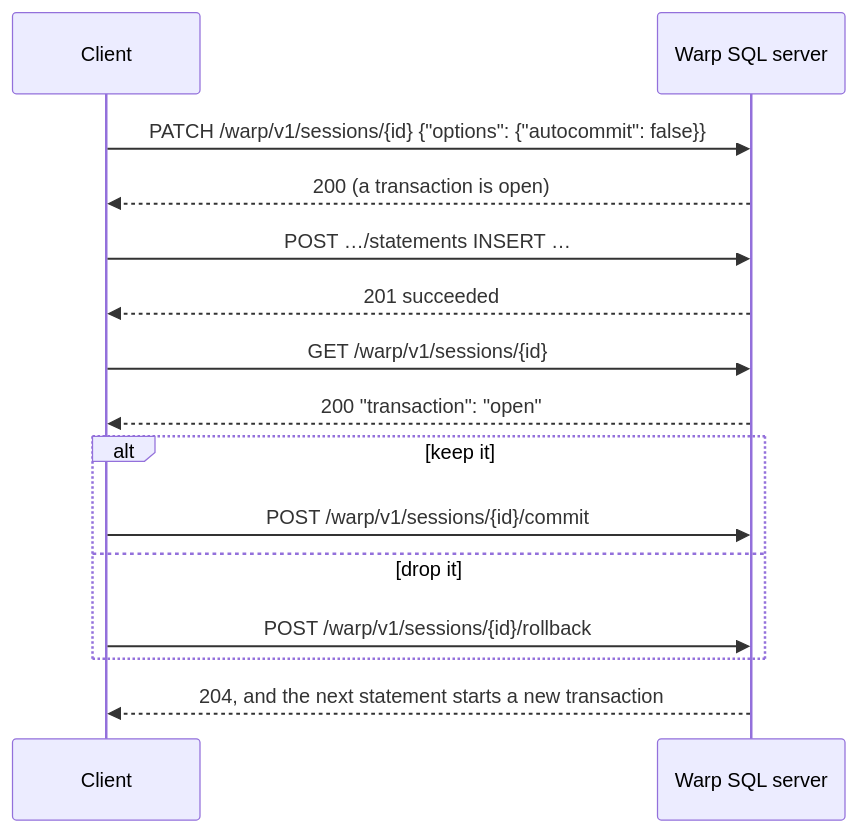
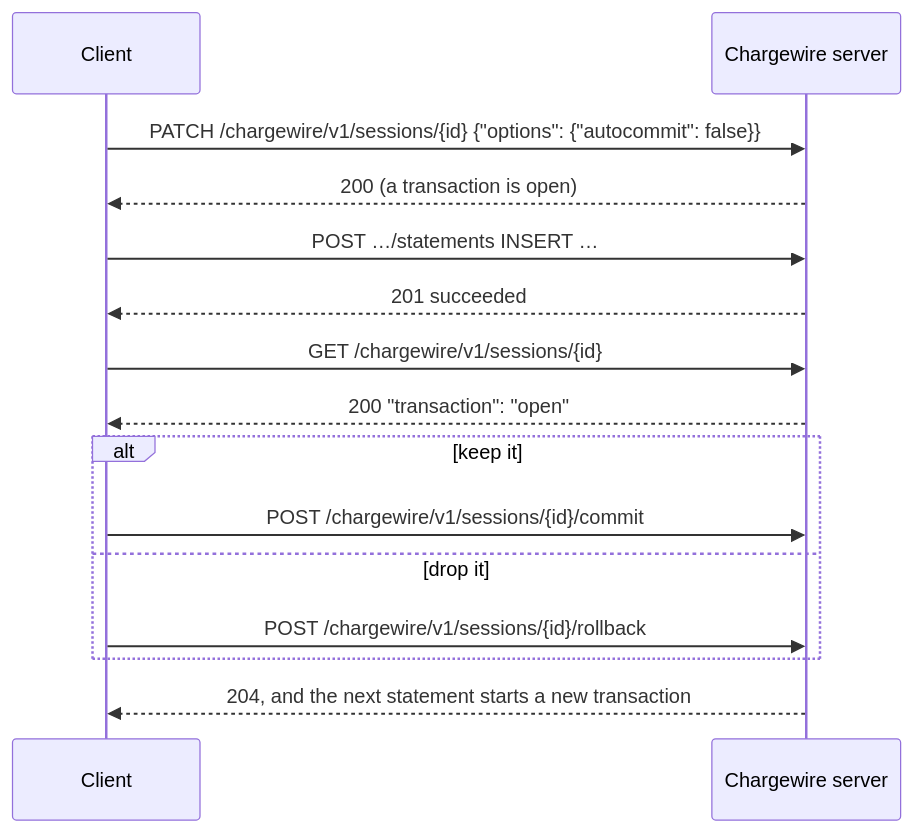
Before and after one commit to gizmodata/chargewire: the diagram in site/src/diagrams/session-transaction.mmd, drawn with Mermaid. The commit also changed 211 other files, not shown here.

```diff
--- a/site/src/diagrams/session-transaction.mmd
+++ b/site/src/diagrams/session-transaction.mmd
@@ -1,15 +1,15 @@
 sequenceDiagram
   participant C as Client
-  participant S as Warp SQL server
-  C->>S: PATCH /warp/v1/sessions/{id} {"options": {"autocommit": false}}
+  participant S as Chargewire server
+  C->>S: PATCH /chargewire/v1/sessions/{id} {"options": {"autocommit": false}}
   S-->>C: 200 (a transaction is open)
   C->>S: POST …/statements INSERT …
   S-->>C: 201 succeeded
-  C->>S: GET /warp/v1/sessions/{id}
+  C->>S: GET /chargewire/v1/sessions/{id}
   S-->>C: 200 "transaction": "open"
   alt keep it
-    C->>S: POST /warp/v1/sessions/{id}/commit
+    C->>S: POST /chargewire/v1/sessions/{id}/commit
   else drop it
-    C->>S: POST /warp/v1/sessions/{id}/rollback
+    C->>S: POST /chargewire/v1/sessions/{id}/rollback
   end
   S-->>C: 204, and the next statement starts a new transaction
```
